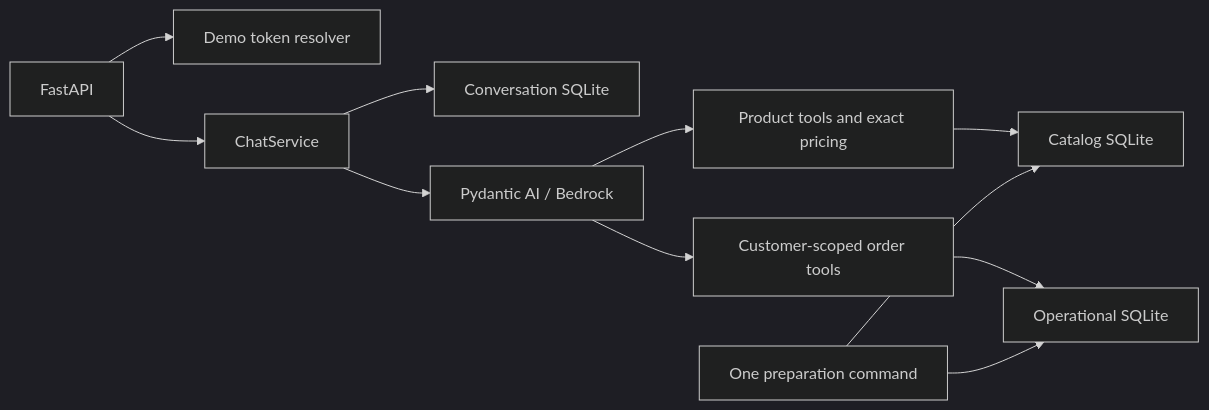
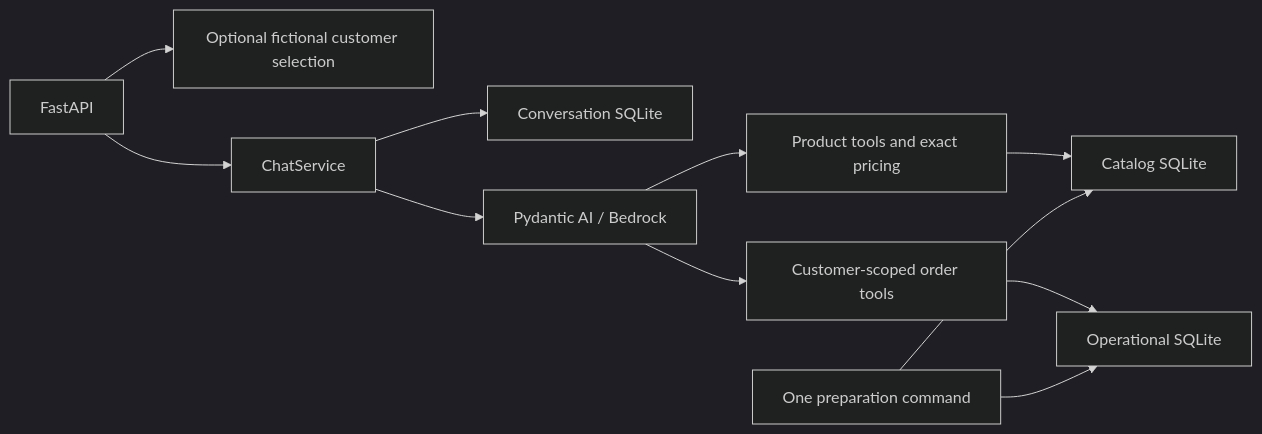
One commit to rafaself/atf-ai-engineer-challenge changed the diagram in docs/architecture.md. Above: the diagram before and after it, drawn with Mermaid (dark theme). The commit also changed other lines of this file and 12 other files, not shown here.

First line of the commit message:
docs(demo): explain guest and customer selection

````diff
--- a/docs/architecture.md
+++ b/docs/architecture.md
@@ -8,13 +8,13 @@
 ```mermaid
 flowchart LR
-    HTTP[FastAPI] --> Identity[Demo token resolver]
+    HTTP[FastAPI] --> Selection[Optional fictional customer selection]
     HTTP --> Chat[ChatService]
     Chat --> History[Conversation SQLite]
     Chat --> Agent[Pydantic AI / Bedrock]
     Agent --> Products[Product tools and exact pricing]
     Agent --> Orders[Customer-scoped order tools]
     Products --> Catalog[Catalog SQLite]
     Orders --> Operations[Operational SQLite]
     Prepare[One preparation command] --> Catalog
     Prepare --> Operations
 ```
````
